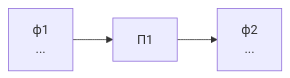
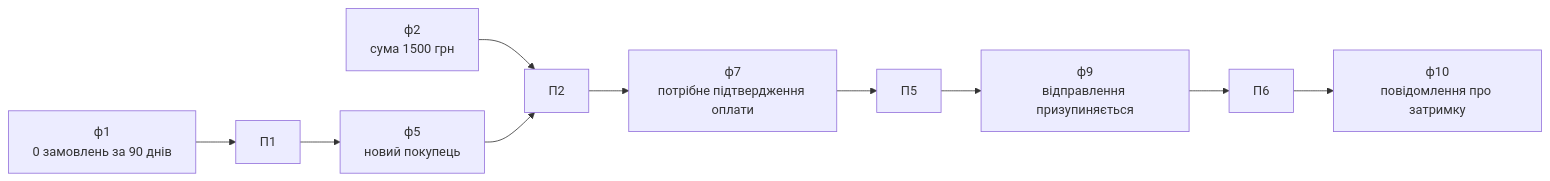
The first of 5 diagrams in lab-05/README.md (katerynakoles/obdz), drawn with Mermaid before and after one commit. The commit also changed other lines of this file, not shown here.

````diff
--- a/lab-05/README.md
+++ b/lab-05/README.md
@@ -101,4 +114,7 @@
 ```mermaid
 flowchart LR
-    F1["ф1<br/>..."] --> R1["П1"] --> F2["ф2<br/>..."]
+    F1["ф1<br/>0 замовлень за 90 днів"] --> R1["П1"] --> F5["ф5<br/>новий покупець"]
+    F2["ф2<br/>сума 1500 грн"] --> R2["П2"]
+    F5 --> R2 --> F7["ф7<br/>потрібне підтвердження оплати"]
+    F7 --> R5["П5"] --> F9["ф9<br/>відправлення призупиняється"] --> R6["П6"] --> F10["ф10<br/>повідомлення про затримку"]
 ```
````
